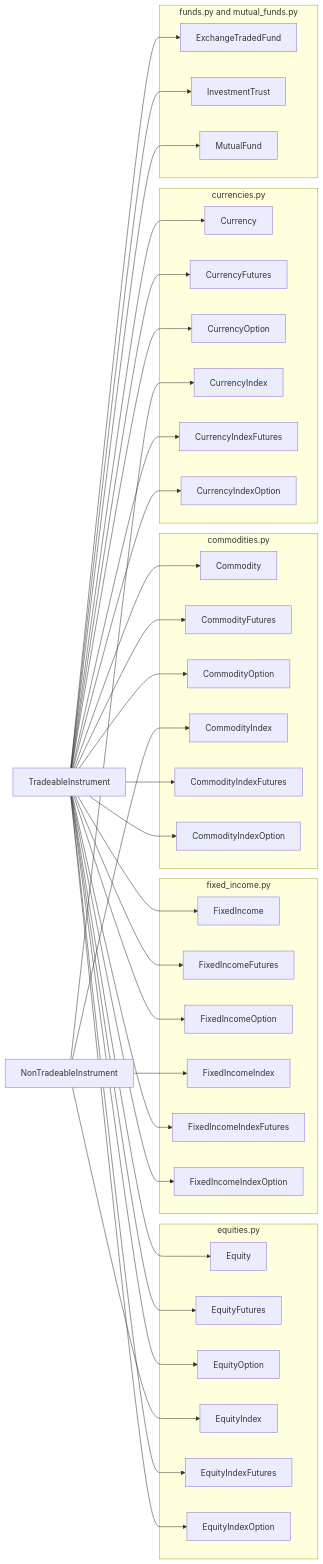
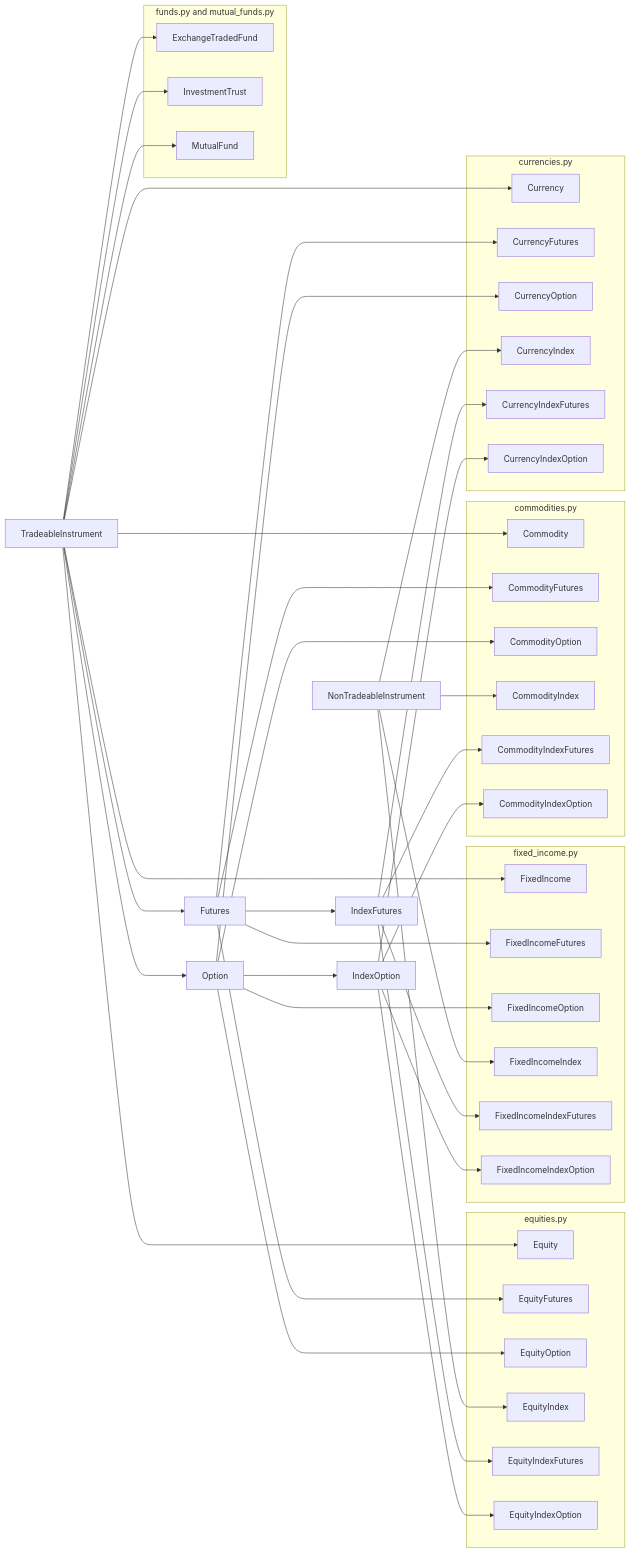
One commit to pramodathani/tradingmachine changed the second of 4 diagrams in docs/architecture/instrument-model.md. Above: the diagram before and after it, drawn with Mermaid. The commit also changed other lines of this file and 16 other files, not shown here.

````diff
--- a/docs/architecture/instrument-model.md
+++ b/docs/architecture/instrument-model.md
@@ -74,48 +102,56 @@
 ```mermaid
 flowchart LR
     T["TradeableInstrument"]
     N["NonTradeableInstrument"]
+    FB["Futures"]
+    OB["Option"]
+    IF["IndexFutures"]
+    IO["IndexOption"]
     subgraph EQ["equities.py"]
         E1["Equity"]
         E2["EquityFutures"]
         E3["EquityOption"]
         E4["EquityIndex"]
         E5["EquityIndexFutures"]
         E6["EquityIndexOption"]
     end
     subgraph FI["fixed_income.py"]
         F1["FixedIncome"]
         F2["FixedIncomeFutures"]
         F3["FixedIncomeOption"]
         F4["FixedIncomeIndex"]
         F5["FixedIncomeIndexFutures"]
         F6["FixedIncomeIndexOption"]
     end
     subgraph CO["commodities.py"]
         C1["Commodity"]
         C2["CommodityFutures"]
         C3["CommodityOption"]
         C4["CommodityIndex"]
         C5["CommodityIndexFutures"]
         C6["CommodityIndexOption"]
     end
     subgraph CU["currencies.py"]
         U1["Currency"]
         U2["CurrencyFutures"]
         U3["CurrencyOption"]
         U4["CurrencyIndex"]
         U5["CurrencyIndexFutures"]
         U6["CurrencyIndexOption"]
     end
     subgraph FU["funds.py and mutual_funds.py"]
         D1["ExchangeTradedFund"]
         D2["InvestmentTrust"]
         D3["MutualFund"]
     end
-    T --> E1 & E2 & E3 & E5 & E6
-    T --> F1 & F2 & F3 & F5 & F6
-    T --> C1 & C2 & C3 & C5 & C6
-    T --> U1 & U2 & U3 & U5 & U6
+    T --> E1 & F1 & C1 & U1
     T --> D1 & D2 & D3
+    T --> FB & OB
+    FB --> IF
+    OB --> IO
+    FB --> E2 & F2 & C2 & U2
+    OB --> E3 & F3 & C3 & U3
+    IF --> E5 & F5 & C5 & U5
+    IO --> E6 & F6 & C6 & U6
     N --> E4 & F4 & C4 & U4
 ```
````
